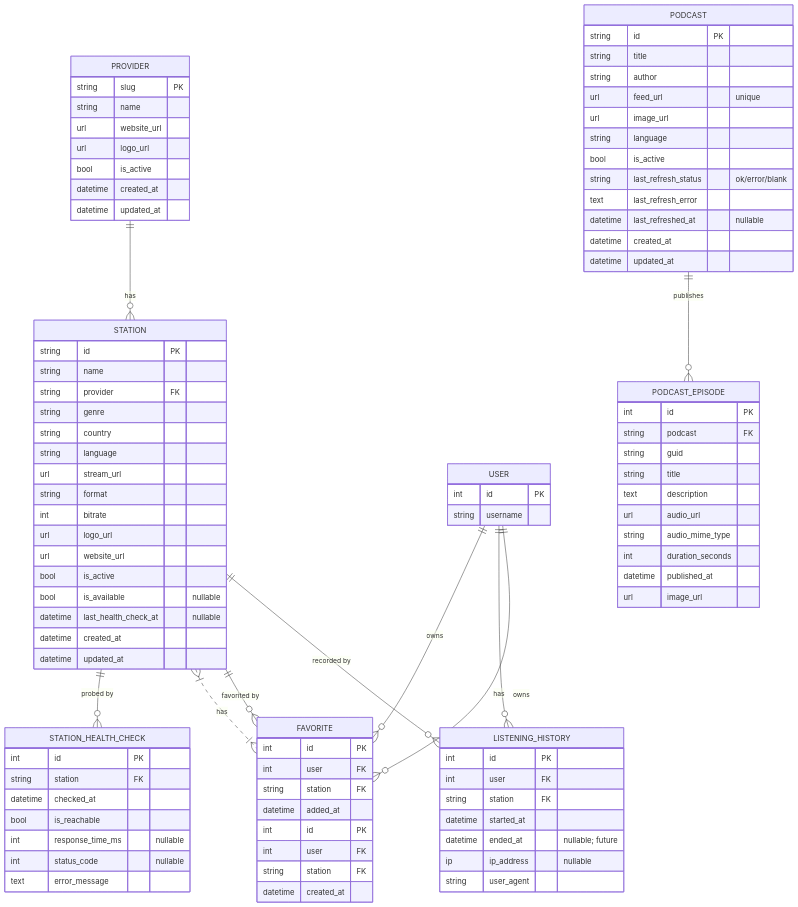
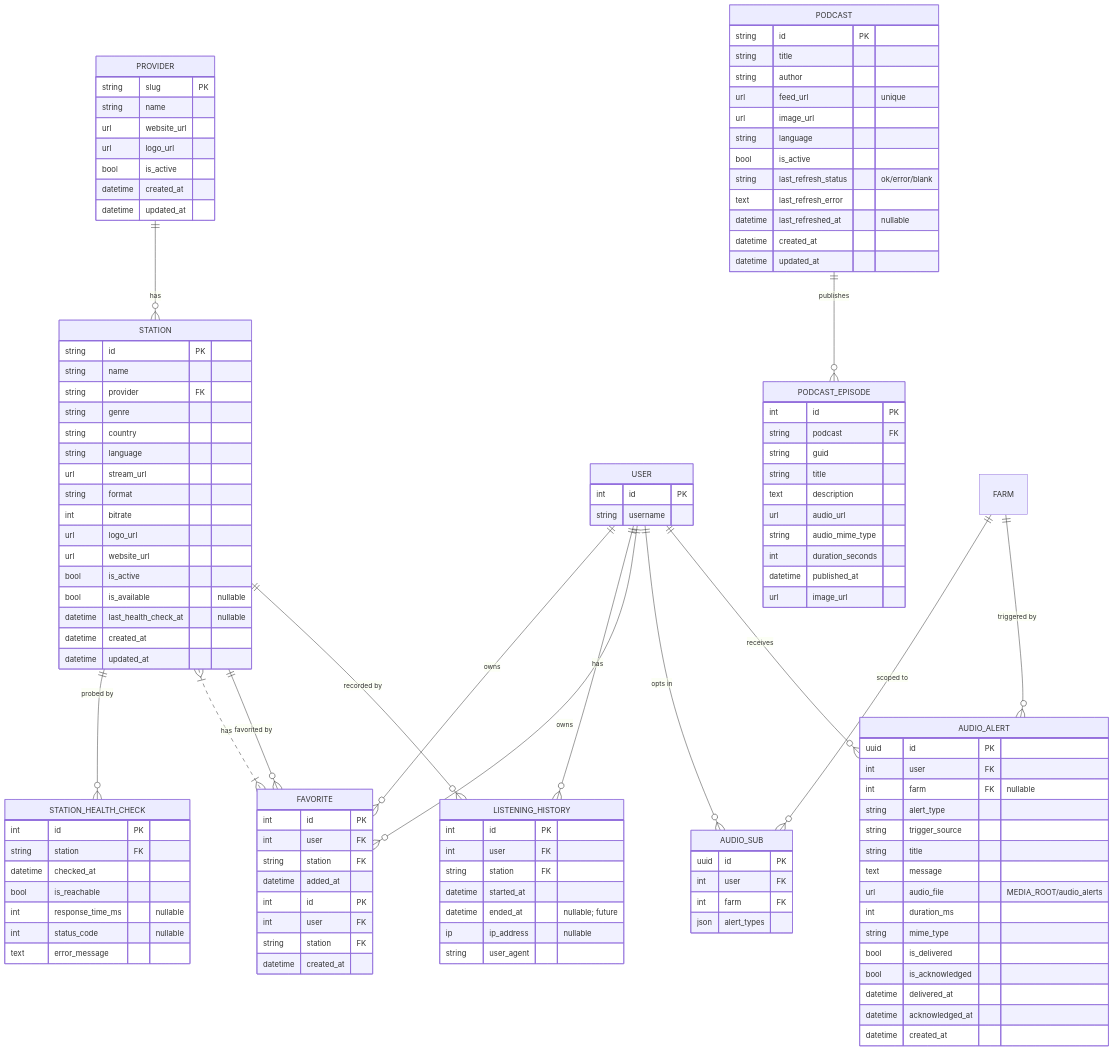
Before and after one commit to rahim8050/Farm-Intelligence-Platform: the diagram in docs/architecture/radio/05_data_model.md, drawn with Mermaid. The commit also changed other lines of this file and 34 other files, not shown here.

First line of the commit message:
feat(alerts): add TTS-driven farm audio alerts (Phase 4 audio alerts)

````diff
--- a/docs/architecture/radio/05_data_model.md
+++ b/docs/architecture/radio/05_data_model.md
@@ -380,4 +404,34 @@
     }
 
     PODCAST ||--o{ PODCAST_EPISODE : "publishes"
+
+    AUDIO_SUB {
+        uuid id PK
+        int user FK
+        int farm FK
+        json alert_types
+    }
+
+    AUDIO_ALERT {
+        uuid id PK
+        int user FK
+        int farm FK "nullable"
+        string alert_type
+        string trigger_source
+        string title
+        text message
+        url audio_file "MEDIA_ROOT/audio_alerts"
+        int duration_ms
+        string mime_type
+        bool is_delivered
+        bool is_acknowledged
+        datetime delivered_at
+        datetime acknowledged_at
+        datetime created_at
+    }
+
+    USER ||--o{ AUDIO_SUB : "opts in"
+    FARM ||--o{ AUDIO_SUB : "scoped to"
+    USER ||--o{ AUDIO_ALERT : "receives"
+    FARM ||--o{ AUDIO_ALERT : "triggered by"
 ```
````
